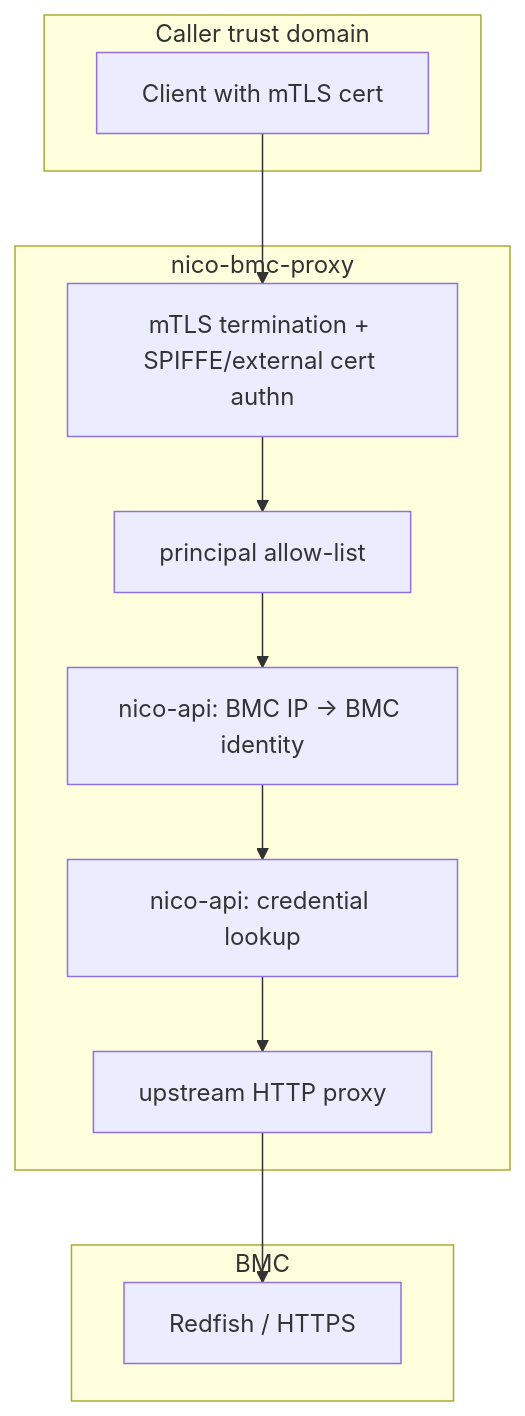
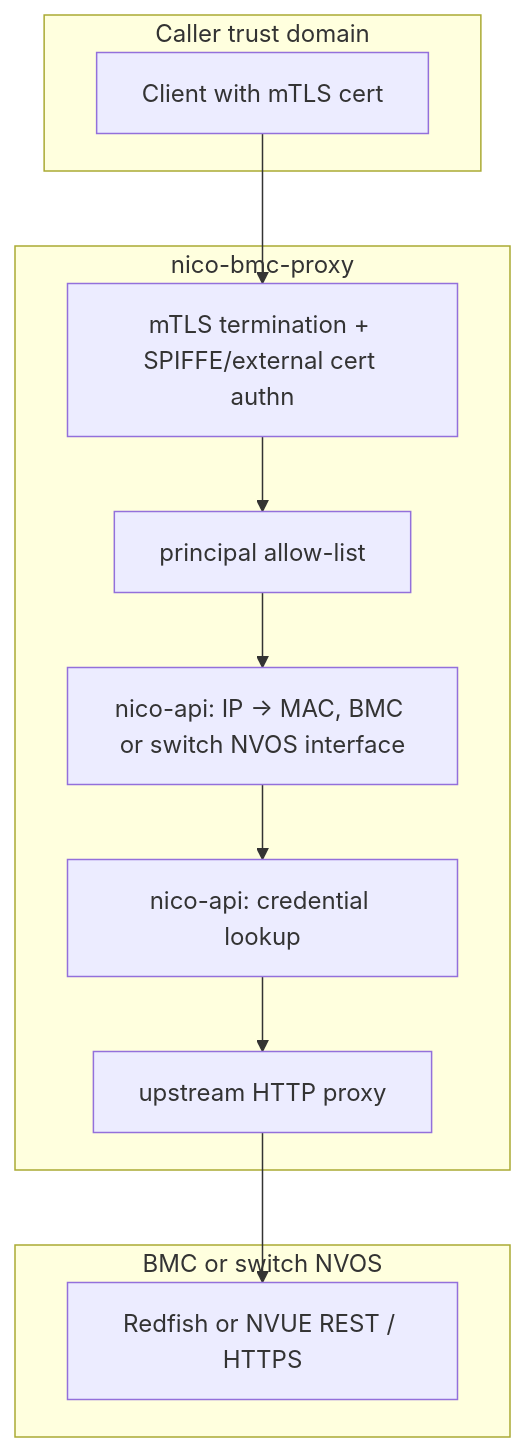
Before and after one commit to dsx-ai-factory/infra-controller: the second of 3 diagrams in crates/bmc-proxy/README.md, drawn with Mermaid. The commit also changed other lines of this file and 12 other files, not shown here.

Commit message:
feat: (bmc-proxy) proxy nvue traffic

````diff
--- a/crates/bmc-proxy/README.md
+++ b/crates/bmc-proxy/README.md
@@ -685,20 +692,20 @@
 ```mermaid
 flowchart TB
     subgraph Caller["Caller trust domain"]
         Client[Client with mTLS cert]
     end
 
     subgraph ProxyBoundary["nico-bmc-proxy"]
         MTLS[mTLS termination + SPIFFE/external cert authn]
         ALLOW[principal allow-list]
-        LOOKUP[nico-api: BMC IP -> BMC identity]
+        LOOKUP[nico-api: IP -> MAC, BMC or switch NVOS interface]
         CREDS[nico-api: credential lookup]
         FORWARD[upstream HTTP proxy]
     end
 
-    subgraph BMCBoundary["BMC"]
-        Redfish[Redfish / HTTPS]
+    subgraph BMCBoundary["BMC or switch NVOS"]
+        Redfish[Redfish or NVUE REST / HTTPS]
     end
 
     Client --> MTLS --> ALLOW --> LOOKUP --> CREDS --> FORWARD --> Redfish
 ```
````
